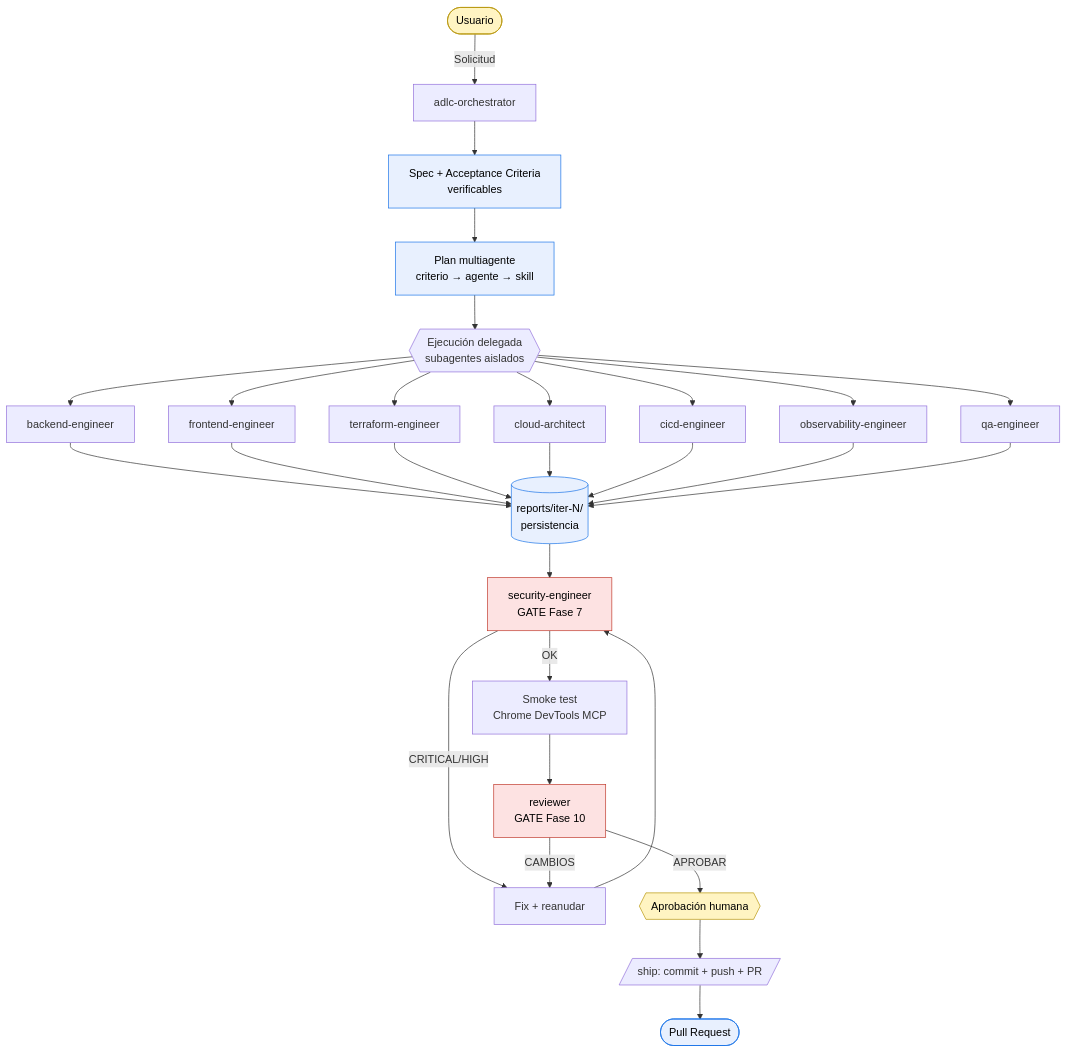
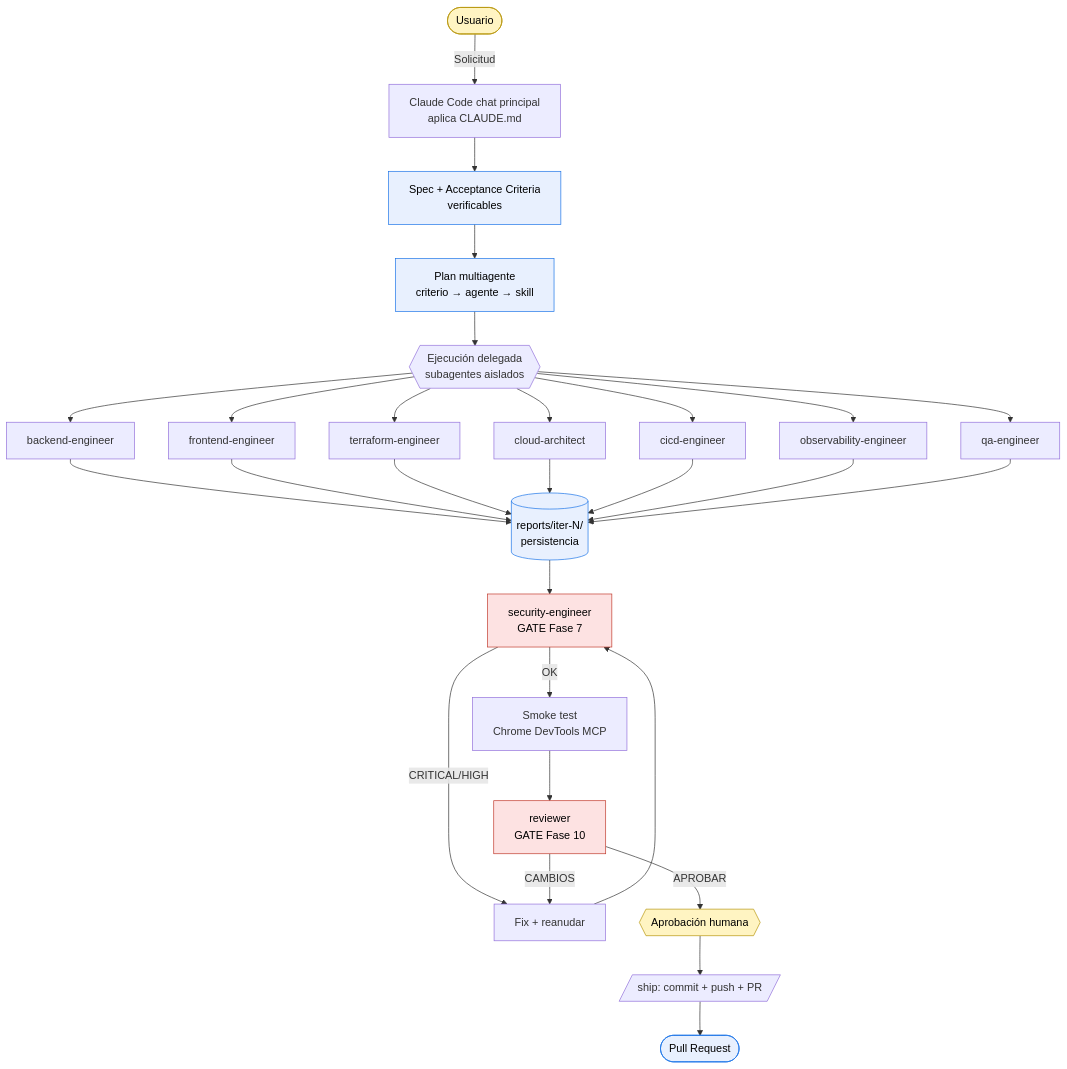
One commit to juananmora/adlc-claude-code-workspace changed the second of 5 diagrams in README.md. Above: the diagram before and after it, drawn with Mermaid. The commit also changed other lines of this file and 2 other files, not shown here.

First line of the commit message:
refactor(claude): eliminar agente adlc-orchestrator; Claude principal orquesta siempre

````diff
--- a/README.md
+++ b/README.md
@@ -158,31 +138,31 @@
 ```mermaid
 flowchart TD
-    U([Usuario]) -->|Solicitud| O[adlc-orchestrator]
+    U([Usuario]) -->|Solicitud| O[Claude Code chat principal<br/>aplica CLAUDE.md]
     O --> S[Spec + Acceptance Criteria<br/>verificables]
     S --> P[Plan multiagente<br/>criterio → agente → skill]
     P --> EX{{Ejecución delegada<br/>subagentes aislados}}
     EX --> BE[backend-engineer]
     EX --> FE[frontend-engineer]
     EX --> TF[terraform-engineer]
     EX --> CA[cloud-architect]
     EX --> CI[cicd-engineer]
     EX --> OBS[observability-engineer]
     EX --> QA[qa-engineer]
     BE & FE & TF & CA & CI & OBS & QA --> R[(reports/iter-N/<br/>persistencia)]
     R --> SEC[security-engineer<br/>GATE Fase 7]
     SEC -->|CRITICAL/HIGH| FIX[Fix + reanudar]
     FIX --> SEC
     SEC -->|OK| SMK[Smoke test<br/>Chrome DevTools MCP]
     SMK --> REV[reviewer<br/>GATE Fase 10]
     REV -->|CAMBIOS| FIX
     REV -->|APROBAR| H{{Aprobación humana}}
     H --> SHIP[/ship: commit + push + PR/]
     SHIP --> PR([Pull Request])
 
     classDef gate fill:#fde2e2,stroke:#c0392b,color:#000
     classDef human fill:#fff4c2,stroke:#b7950b,color:#000
     classDef artifact fill:#e8f0fe,stroke:#1a73e8,color:#000
     class SEC,REV gate
     class H,U human
     class S,P,R,PR artifact
 ```
````
